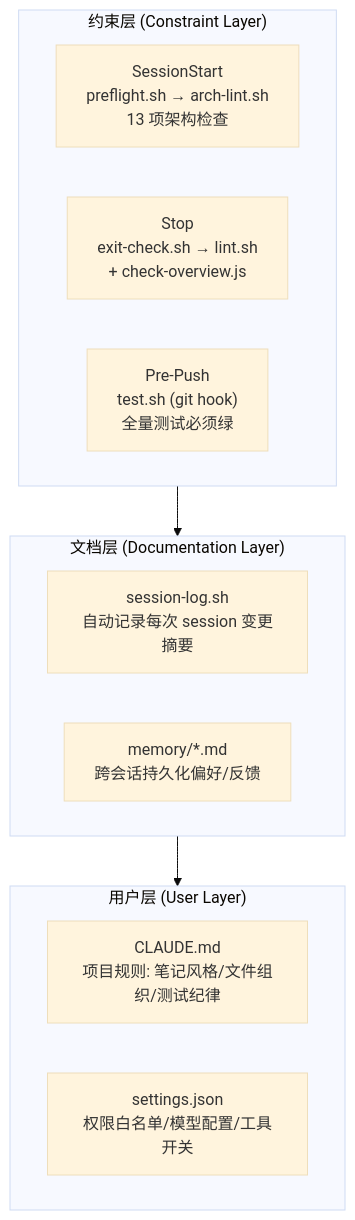
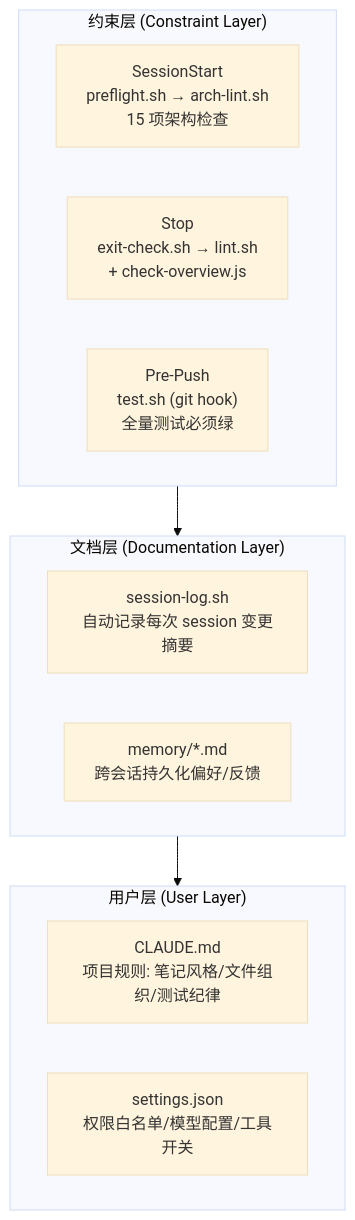
One commit to reallyhwc/ans-ai-auto-notes changed the third of 4 diagrams in kb/技术/AI/AI-Coding/从 Vibe Coding 到 Spec-Driven 到驾驭工程.md. Above: the diagram before and after it, drawn with Mermaid (base theme). The commit also changed other lines of this file and 32 other files, not shown here.

````diff
--- a/kb/技术/AI/AI-Coding/从 Vibe Coding 到 Spec-Driven 到驾驭工程.md
+++ b/kb/技术/AI/AI-Coding/从 Vibe Coding 到 Spec-Driven 到驾驭工程.md
@@ -180,20 +180,20 @@
 ```mermaid
 flowchart TD
     subgraph CL["约束层 (Constraint Layer)"]
-        SS["SessionStart<br/>preflight.sh → arch-lint.sh<br/>13 项架构检查"]
+        SS["SessionStart<br/>preflight.sh → arch-lint.sh<br/>15 项架构检查"]
         STOP["Stop<br/>exit-check.sh → lint.sh<br/>+ check-overview.js"]
         PUSH["Pre-Push<br/>test.sh (git hook)<br/>全量测试必须绿"]
     end
 
     subgraph DL["文档层 (Documentation Layer)"]
         LOG["session-log.sh<br/>自动记录每次 session 变更摘要"]
         MEM["memory/*.md<br/>跨会话持久化偏好/反馈"]
     end
 
     subgraph UL["用户层 (User Layer)"]
         RULES["CLAUDE.md<br/>项目规则: 笔记风格/文件组织/测试纪律"]
         SETTINGS["settings.json<br/>权限白名单/模型配置/工具开关"]
     end
 
     CL --> DL --> UL
 ```
````
